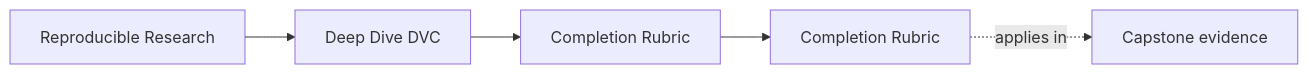
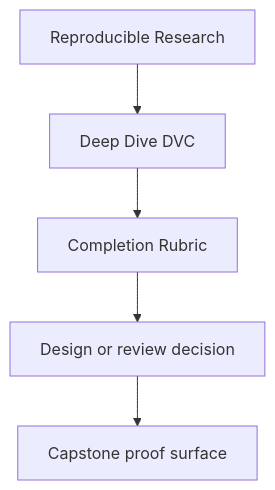
Before and after one commit to bijux/bijux-masterclass: the first of 2 diagrams in programs/reproducible-research/deep-dive-dvc/course-book/reference/completion-rubric.md, drawn with Mermaid. The commit also changed other lines of this file and 31 other files, not shown here.

Commit message:
docs(deep-dive-dvc): sharpen guide and reference diagrams

````diff
--- a/programs/reproducible-research/deep-dive-dvc/course-book/reference/completion-rubric.md
+++ b/programs/reproducible-research/deep-dive-dvc/course-book/reference/completion-rubric.md
@@ -9,11 +9,7 @@
 ```mermaid
-graph LR
-  family["Reproducible Research"]
-  program["Deep Dive DVC"]
-  section["Completion Rubric"]
-  page["Completion Rubric"]
-  capstone["Capstone evidence"]
-
-  family --> program --> section --> page
-  page -.applies in.-> capstone
+flowchart TD
+  family["Reproducible Research"] --> program["Deep Dive DVC"]
+  program --> reference["Completion Rubric"]
+  reference --> review["Design or review decision"]
+  review --> capstone["Capstone proof surface"]
 ```
````
